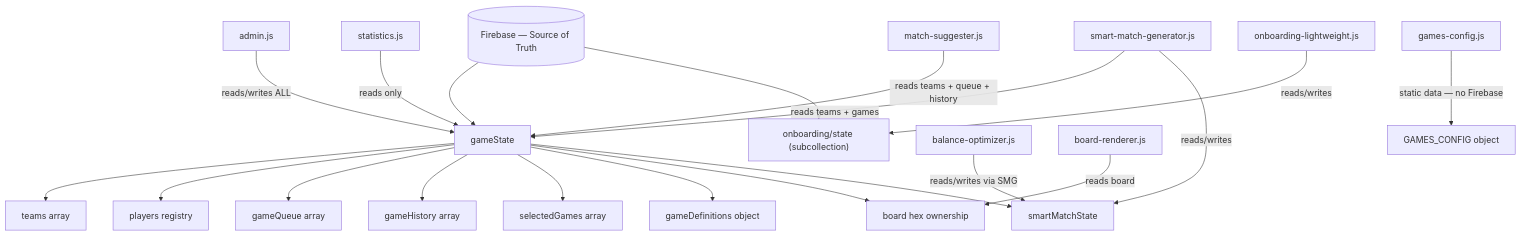
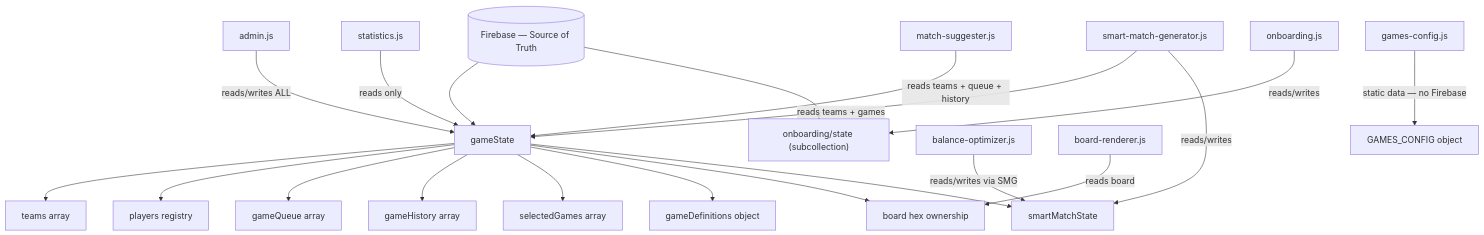
One commit to LNiitlahti/BoardGame changed the fifth of 5 diagrams in BoardGame/docs/architecture/cross-system.md. Above: the diagram before and after it, drawn with Mermaid. The commit also changed other lines of this file and 11 other files, not shown here.

````diff
--- a/BoardGame/docs/architecture/cross-system.md
+++ b/BoardGame/docs/architecture/cross-system.md
@@ -115,25 +115,25 @@
 ```mermaid
 graph TD
     FB[(Firebase — Source of Truth)]
 
     FB --> GS[gameState]
     GS --> T[teams array]
     GS --> P[players registry]
     GS --> Q[gameQueue array]
     GS --> GH[gameHistory array]
     GS --> SG[selectedGames array]
     GS --> GD[gameDefinitions object]
     GS --> B[board hex ownership]
     GS --> SMS[smartMatchState]
     FB --> OBD["onboarding/state (subcollection)"]
 
     ADM[admin.js] -->|reads/writes ALL| GS
     ST[statistics.js] -->|reads only| GS
-    OB[onboarding-lightweight.js] -->|reads/writes| OBD
+    OB[onboarding.js] -->|reads/writes| OBD
     SMG[smart-match-generator.js] -->|reads teams + games| GS
     SMG -->|reads/writes| SMS
     BO[balance-optimizer.js] -->|reads/writes via SMG| SMS
     MS[match-suggester.js] -->|reads teams + queue + history| GS
     BR[board-renderer.js] -->|reads board| B
     GC[games-config.js] -->|static data — no Firebase| GC_DATA[GAMES_CONFIG object]
 ```
````
